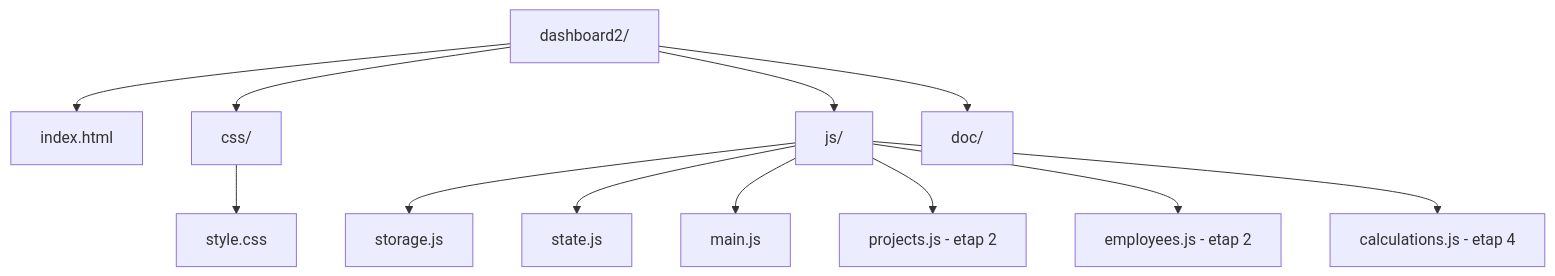
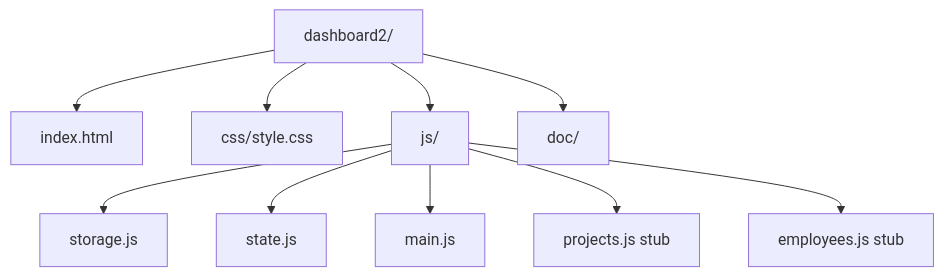
The first of 7 diagrams in doc/etap1_mermaid.md (AlanKowalzky/dashboard-project), drawn with Mermaid before and after one commit. The commit also changed other lines of this file and 10 other files, not shown here.

````diff
--- a/doc/etap1_mermaid.md
+++ b/doc/etap1_mermaid.md
@@ -5,15 +5,13 @@
 ```mermaid
 graph TD
     ROOT[dashboard2/]
     ROOT --> INDEX[index.html]
-    ROOT --> CSS[css/]
+    ROOT --> CSS[css/style.css]
     ROOT --> JS[js/]
     ROOT --> DOC[doc/]
-    CSS --> STYLE[style.css]
     JS --> STORAGE[storage.js]
     JS --> STATE[state.js]
     JS --> MAIN[main.js]
-    JS --> PROJECTS[projects.js - etap 2]
-    JS --> EMPLOYEES[employees.js - etap 2]
-    JS --> CALC[calculations.js - etap 4]
+    JS --> PROJECTS[projects.js stub]
+    JS --> EMPLOYEES[employees.js stub]
 ```
````
